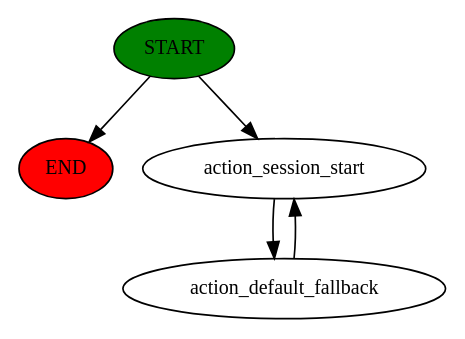
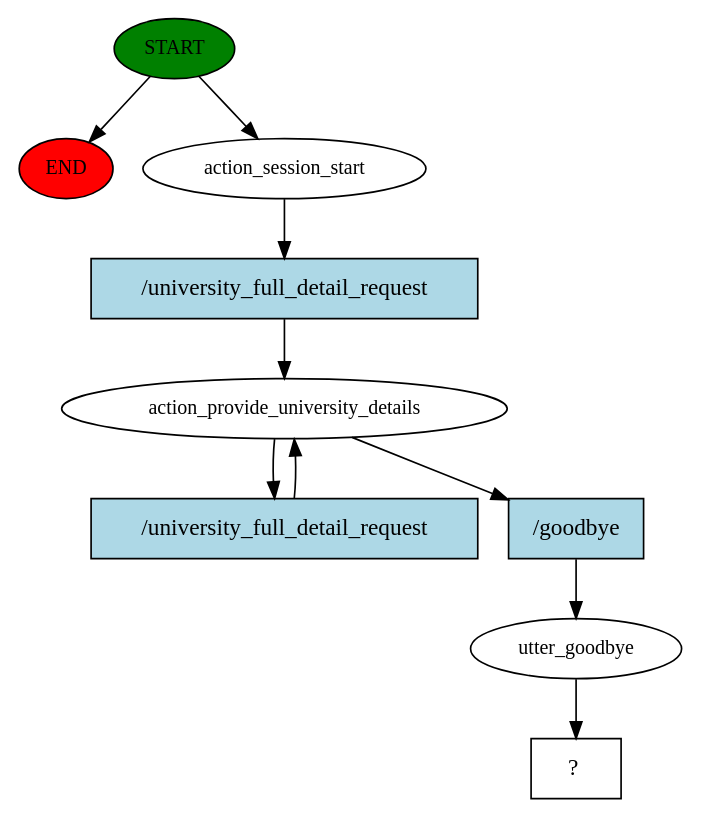
The diagram in story_graph.dot (Althaf99/Recommendatoin_ChatBot), drawn with Graphviz before and after one commit. The commit also changed 358 other files, not shown here.

```diff
--- a/story_graph.dot
+++ b/story_graph.dot
@@ -1,10 +1,20 @@
 digraph  {
 0 [class="start active", fillcolor=green, fontsize=12, label=START, style=filled];
 "-1" [class=end, fillcolor=red, fontsize=12, label=END, style=filled];
 1 [class=active, fontsize=12, label=action_session_start];
-2 [class="active dashed", fontsize=12, label=action_default_fallback];
+2 [class=active, fontsize=12, label=action_provide_university_details];
+5 [class=active, fontsize=12, label=utter_goodbye];
+6 [class="intent dashed active", label="  ?  ", shape=rect];
+7 [class="intent active", fillcolor=lightblue, label="/university_full_detail_request", shape=rect, style=filled];
+8 [class="intent active", fillcolor=lightblue, label="/university_full_detail_request", shape=rect, style=filled];
+9 [class="intent active", fillcolor=lightblue, label="/goodbye", shape=rect, style=filled];
 0 -> "-1"  [class="", key=NONE, label=""];
 0 -> 1  [class=active, key=NONE, label=""];
-1 -> 2  [class=active, key=NONE, label=""];
-2 -> 1  [class=active, key=NONE, label=""];
+1 -> 7  [class=active, key=0];
+2 -> 8  [class=active, key=0];
+2 -> 9  [class=active, key=0];
+5 -> 6  [class=active, key=NONE, label=""];
+7 -> 2  [class=active, key=0];
+8 -> 2  [class=active, key=0];
+9 -> 5  [class=active, key=0];
 }
```
